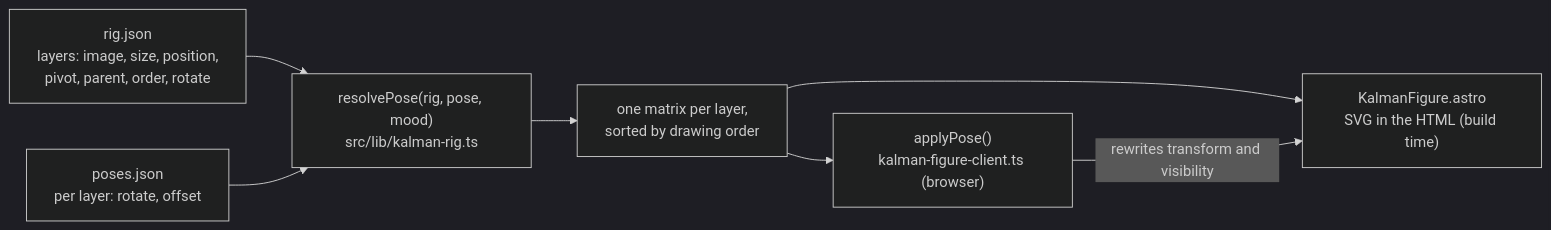
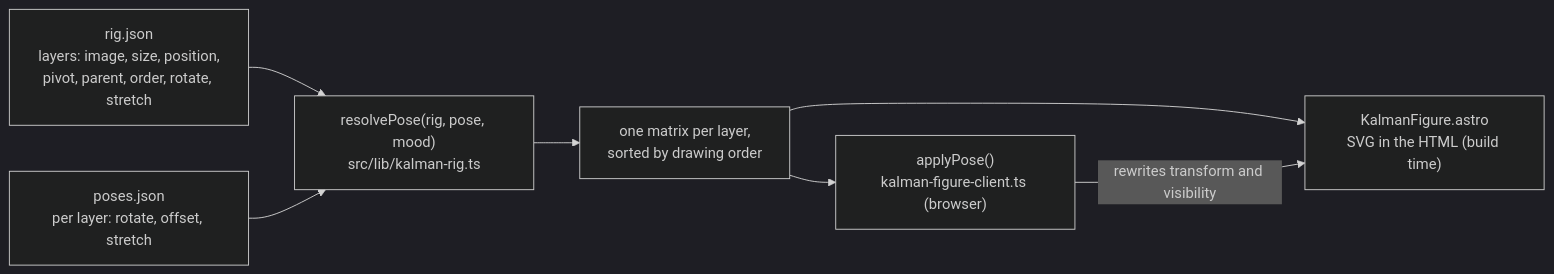
The second of 4 diagrams in docs/architecture.md (Halaszraymond/personal_site), drawn with Mermaid (dark theme) before and after one commit. The commit also changed other lines of this file and 4 other files, not shown here.

````diff
--- a/docs/architecture.md
+++ b/docs/architecture.md
@@ -84,9 +84,9 @@
 ```mermaid
 flowchart LR
-    A["rig.json<br/>layers: image, size, position,<br/>pivot, parent, order, rotate"] --> C
-    B["poses.json<br/>per layer: rotate, offset"] --> C
+    A["rig.json<br/>layers: image, size, position,<br/>pivot, parent, order, rotate, stretch"] --> C
+    B["poses.json<br/>per layer: rotate, offset, stretch"] --> C
     C["resolvePose(rig, pose, mood)<br/>src/lib/kalman-rig.ts"] --> D["one matrix per layer,<br/>sorted by drawing order"]
     D --> E["KalmanFigure.astro<br/>SVG in the HTML (build time)"]
     D --> F["applyPose()<br/>kalman-figure-client.ts (browser)"]
     F -->|rewrites transform and visibility| E
 ```
````
